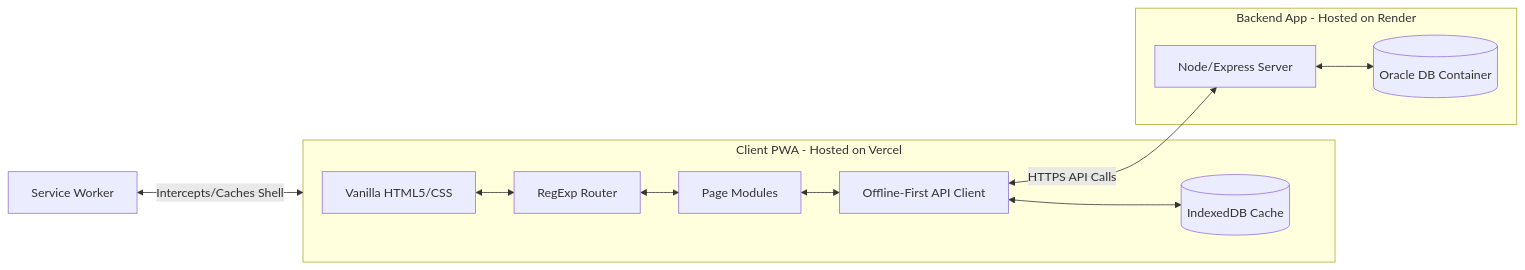
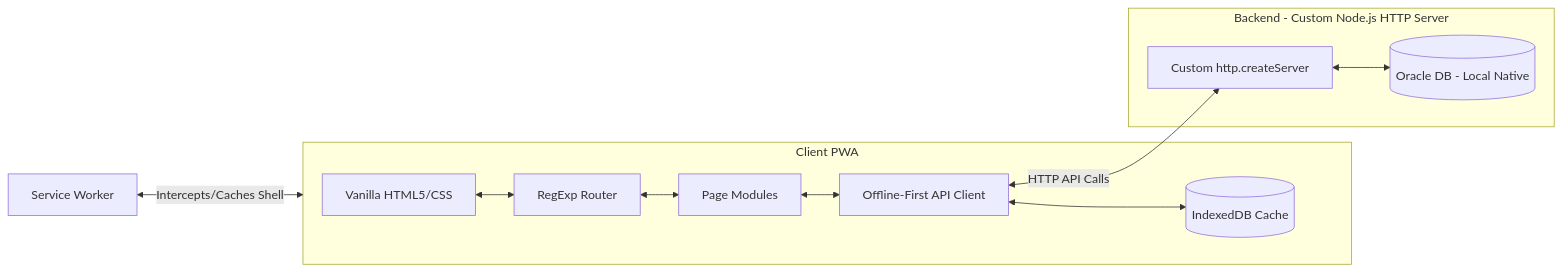
Before and after one commit to HprogrammerArif/bazar-trace: the first of 4 diagrams in docs/presentation_slides.md, drawn with Mermaid. The commit also changed other lines of this file and 8 other files, not shown here.

````diff
--- a/docs/presentation_slides.md
+++ b/docs/presentation_slides.md
@@ -65,14 +65,14 @@
 ```mermaid
 graph LR
-    subgraph Client [Client PWA - Hosted on Vercel]
+    subgraph Client [Client PWA]
         UI[Vanilla HTML5/CSS] <--> Router[RegExp Router]
         Router <--> Pages[Page Modules]
         Pages <--> APIClient[Offline-First API Client]
         APIClient <--> IDB[(IndexedDB Cache)]
     end
-    subgraph Server [Backend App - Hosted on Render]
-        APIClient <-->|HTTPS API Calls| Express[Node/Express Server]
-        Express <--> DB[(Oracle DB Container)]
+    subgraph Server [Backend - Custom Node.js HTTP Server]
+        APIClient <-->|HTTP API Calls| NodeServer[Custom http.createServer]
+        NodeServer <--> DB[(Oracle DB - Local Native)]
     end
     SW[Service Worker] <-->|Intercepts/Caches Shell| Client
 ```
````
